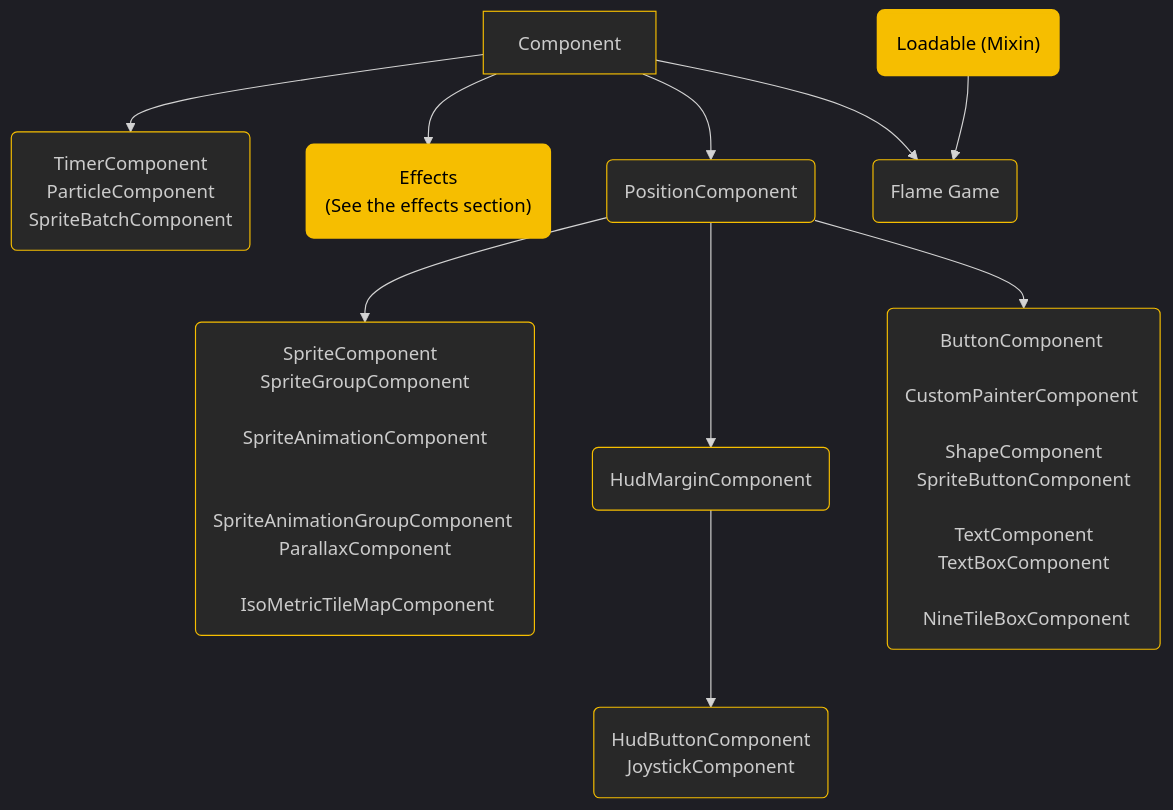
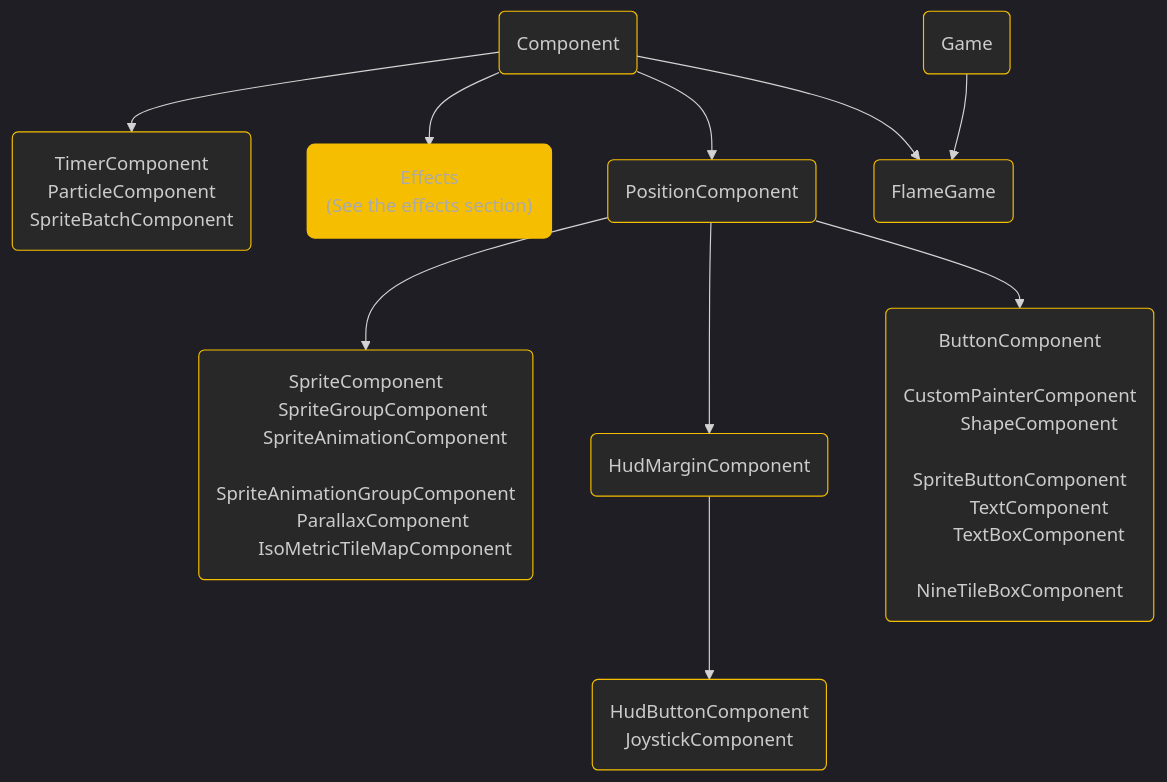
Before and after one commit to flame-engine/flame: the second of 2 diagrams in doc/flame/diagrams/component.md, drawn with Mermaid. The commit also changed other lines of this file, not shown here.

Commit message:
docs: Fix component diagram text styling

````diff
--- a/doc/flame/diagrams/component.md
+++ b/doc/flame/diagrams/component.md
@@ -16,44 +16,57 @@
 ```{mermaid}
 %%{init: { 'theme': 'dark'  } }%%
-
 graph TD
     %% Node Color %%
-    classDef yellow fill:#F6BE00,stroke:#F6BE00,stroke-width:4px,color:#000 ;
+    classDef yellow fill:#F6BE00,stroke:#F6BE00,stroke-width:4px,color:#AAA;
     classDef default fill:#282828,stroke:#F6BE00;
     
     %% Nodes %%
        
-    Component[Component]
-    TimerComponent(TimerComponent <br/>ParticleComponent <br>SpriteBatchComponent)
-    Effects("Effects <br/> (See the effects section)"):::yellow
-    FlameGame(Flame Game)
+    Component(Component)
+    Misc("
+        TimerComponent
+        ParticleComponent
+        SpriteBatchComponent
+    ")
+    Effects("Effects<br/>(See the effects section)"):::yellow
+    Game(Game)
+    FlameGame(FlameGame)
     PositionComponent(PositionComponent)
    
-    SpriteComponent("SpriteComponent  <br/> SpriteGroupComponent 
-    <br/> SpriteAnimationComponent <br/> 
-    SpriteAnimationGroupComponent <br/> ParallaxComponent 
-    <br/> IsoMetricTileMapComponent")
+    Sprites("
+        SpriteComponent
+        SpriteGroupComponent 
+        SpriteAnimationComponent
+        SpriteAnimationGroupComponent
+        ParallaxComponent 
+        IsoMetricTileMapComponent
+    ")
     
     HudMarginComponent(HudMarginComponent)
-    HudButtonComponent(HudButtonComponent  <br/> JoystickComponent)
+    HudComponents("
+        HudButtonComponent
+        JoystickComponent
+    ")
     
-    ButtonComponent("ButtonComponent <br/> CustomPainterComponent 
-    <br/> ShapeComponent <br/> SpriteButtonComponent 
-    <br/> TextComponent <br/> TextBoxComponent 
-    <br/> NineTileBoxComponent")
-    
-    Loadable("Loadable (Mixin)"):::yellow
-    
+    OtherPositionComponents("
+        ButtonComponent
+        CustomPainterComponent
+        ShapeComponent
+        SpriteButtonComponent
+        TextComponent
+        TextBoxComponent
+        NineTileBoxComponent
+    ")
+        
     %% Flow %%
-    Component --> TimerComponent
+    Component --> Misc
     Component --> Effects
     Component --> PositionComponent
     Component --> FlameGame
    
-    Loadable --> FlameGame
-    PositionComponent --> SpriteComponent
+    Game --> FlameGame
+    PositionComponent --> Sprites
     PositionComponent --> HudMarginComponent
-    PositionComponent --> ButtonComponent
-    HudMarginComponent --> HudButtonComponent
-    
+    PositionComponent --> OtherPositionComponents
+    HudMarginComponent --> HudComponents    
 ```
````
